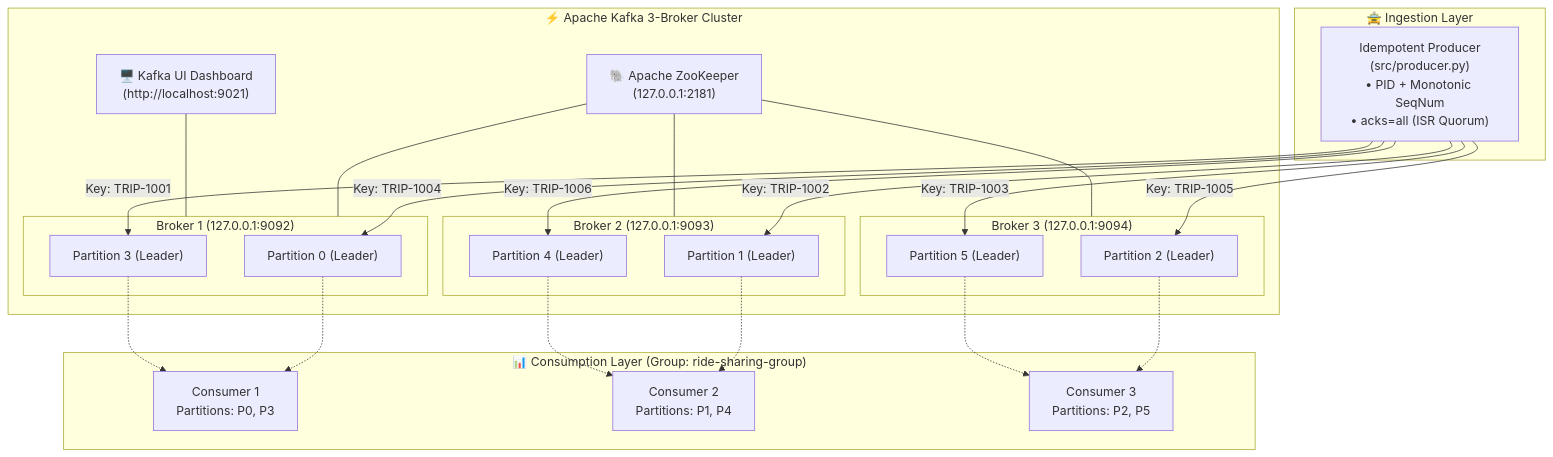
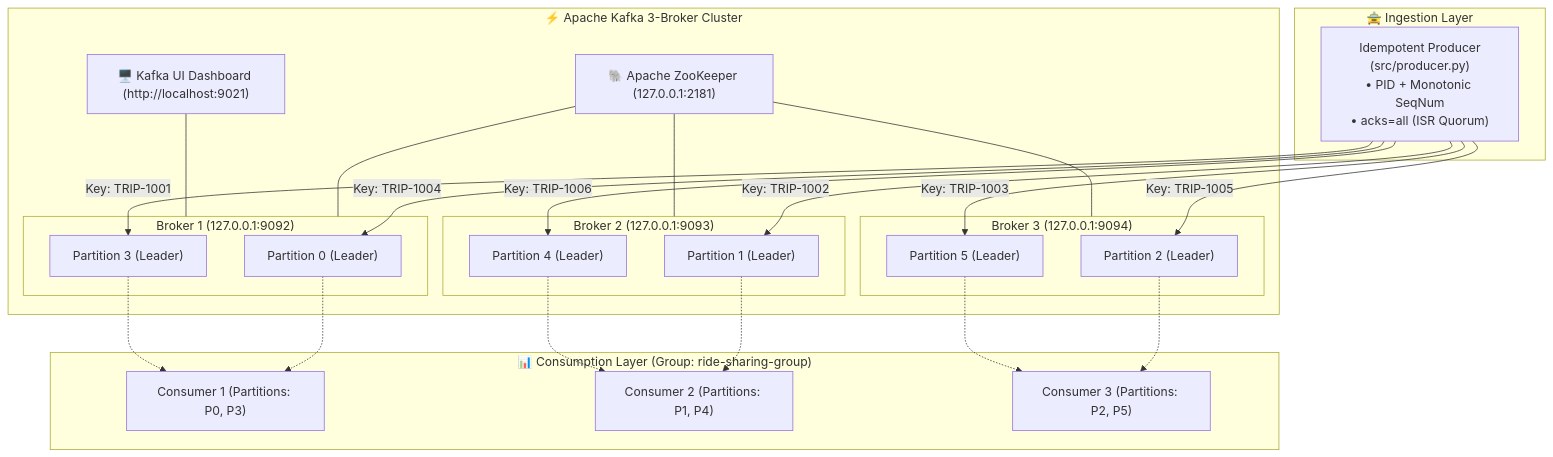
The first of 3 diagrams in README.md (Sohila-Khaled-Abbas/ride-sharing-kafka-pipeline), drawn with Mermaid before and after one commit. The commit also changed other lines of this file and 6 other files, not shown here.

````diff
--- a/README.md
+++ b/README.md
@@ -56,48 +59,48 @@
 ```mermaid
 flowchart TB
     subgraph IngestionLayer["🚖 Ingestion Layer"]
         P["Idempotent Producer<br/>(src/producer.py)<br/>• PID + Monotonic SeqNum<br/>• acks=all (ISR Quorum)"]
     end
 
     subgraph KafkaCluster["⚡ Apache Kafka 3-Broker Cluster"]
         subgraph B1["Broker 1 (127.0.0.1:9092)"]
             P0["Partition 0 (Leader)"]
             P3["Partition 3 (Leader)"]
         end
         subgraph B2["Broker 2 (127.0.0.1:9093)"]
             P1["Partition 1 (Leader)"]
             P4["Partition 4 (Leader)"]
         end
         subgraph B3["Broker 3 (127.0.0.1:9094)"]
             P2["Partition 2 (Leader)"]
             P5["Partition 5 (Leader)"]
         end
-        ZK["🐘 Apache ZooKeeper<br/>(127.0.0.1:2181)"]
-        UI["🖥️ Kafka UI Dashboard<br/>(http://localhost:9021)"]
+        ZK["🐘 Apache ZooKeeper (127.0.0.1:2181)"]
+        UI["🖥️ Kafka UI Dashboard (http://localhost:9021)"]
     end
 
     subgraph ConsumptionLayer["📊 Consumption Layer (Group: ride-sharing-group)"]
-        C1["Consumer 1<br/>Partitions: P0, P3"]
-        C2["Consumer 2<br/>Partitions: P1, P4"]
-        C3["Consumer 3<br/>Partitions: P2, P5"]
+        C1["Consumer 1 (Partitions: P0, P3)"]
+        C2["Consumer 2 (Partitions: P1, P4)"]
+        C3["Consumer 3 (Partitions: P2, P5)"]
     end
 
     P -->|Key: TRIP-1001| P3
     P -->|Key: TRIP-1002| P1
     P -->|Key: TRIP-1003| P5
     P -->|Key: TRIP-1004| P0
     P -->|Key: TRIP-1005| P2
     P -->|Key: TRIP-1006| P4
 
     P0 -.-> C1
     P3 -.-> C1
     P1 -.-> C2
     P4 -.-> C2
     P2 -.-> C3
     P5 -.-> C3
 
     ZK --- B1
     ZK --- B2
     ZK --- B3
     UI --- B1
 ```
````
